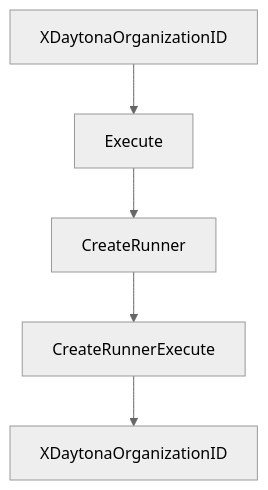
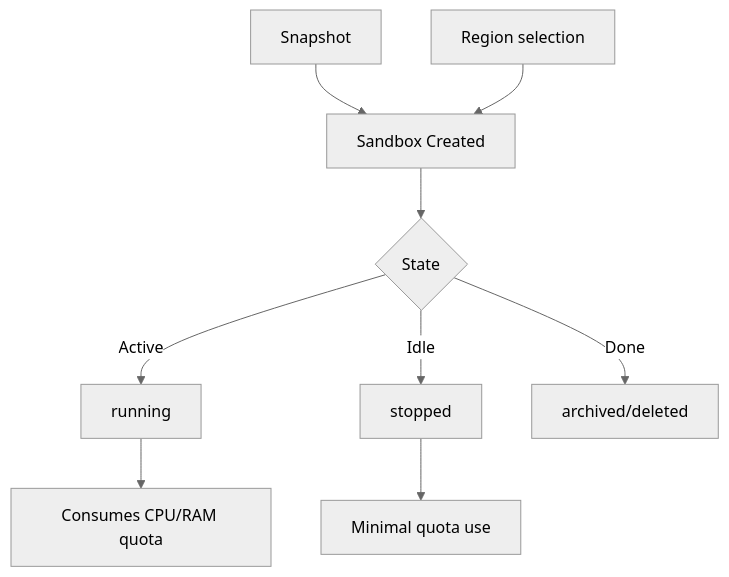
One commit to johnxie/awesome-code-docs changed the diagram in tutorials/daytona-tutorial/02-sandbox-lifecycle-resources-and-regions.md. Above: the diagram before and after it, drawn with Mermaid (neutral theme). The commit also changed other lines of this file and 1232 other files, not shown here.

````diff
--- a/tutorials/daytona-tutorial/02-sandbox-lifecycle-resources-and-regions.md
+++ b/tutorials/daytona-tutorial/02-sandbox-lifecycle-resources-and-regions.md
@@ -211,12 +42,11 @@
 ```mermaid
 flowchart TD
-    A[XDaytonaOrganizationID]
-    B[Execute]
-    C[CreateRunner]
-    D[CreateRunnerExecute]
-    E[XDaytonaOrganizationID]
-    A --> B
-    B --> C
-    C --> D
-    D --> E
+    A[Sandbox Created] --> B{State}
+    B -->|Active| C[running]
+    B -->|Idle| D[stopped]
+    B -->|Done| E[archived/deleted]
+    C --> F[Consumes CPU/RAM quota]
+    D --> G[Minimal quota use]
+    H[Snapshot] --> A
+    I[Region selection] --> A
 ```
````
